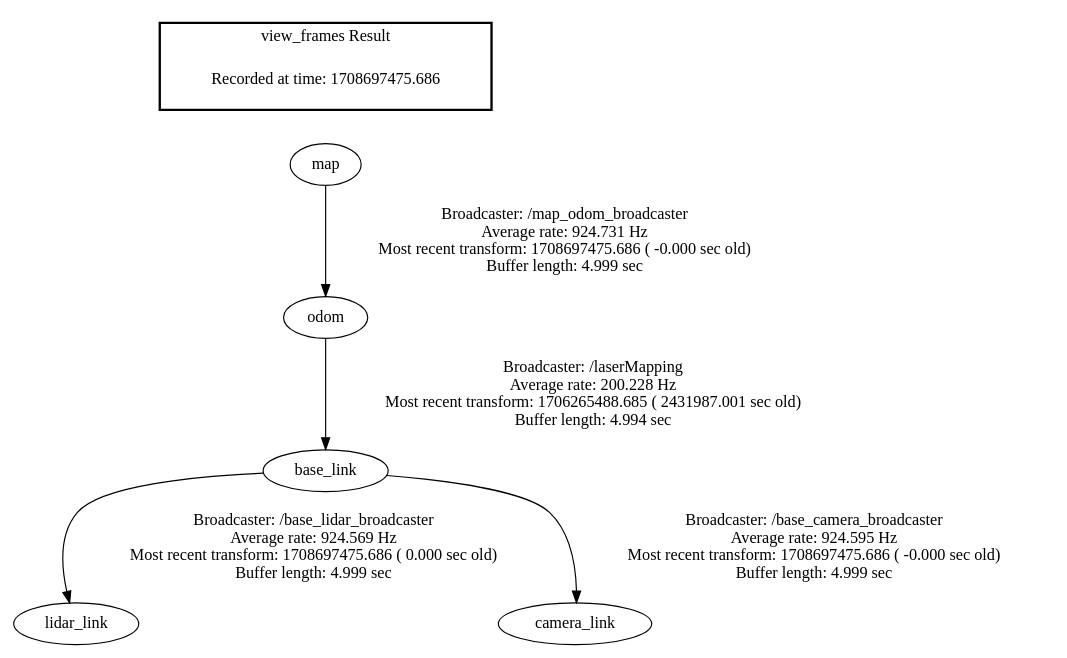
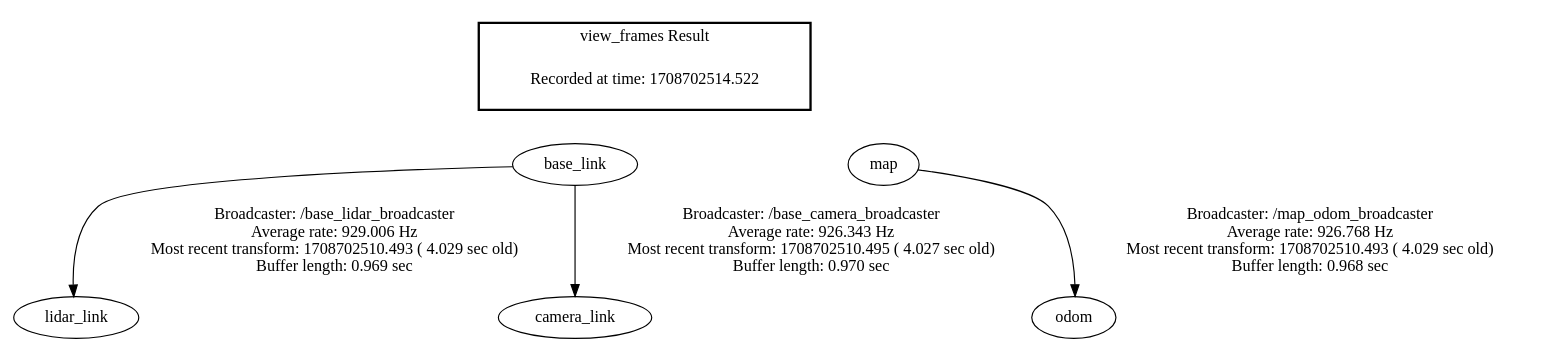
One commit to IRobot-Algorithm/sentry_navigation changed the diagram in frames.gv. Above: the diagram before and after it, drawn with Graphviz. The commit also changed 12 other files, not shown here.

```diff
--- a/frames.gv
+++ b/frames.gv
@@ -1,10 +1,13 @@
 digraph G {
-"base_link" -> "lidar_link"[label="Broadcaster: /base_lidar_broadcaster\nAverage rate: 924.569 Hz\nMost recent transform: 1708697475.686 ( 0.000 sec old)\nBuffer length: 4.999 sec\n"];
-"odom" -> "base_link"[label="Broadcaster: /laserMapping\nAverage rate: 200.228 Hz\nMost recent transform: 1706265488.685 ( 2431987.001 sec old)\nBuffer length: 4.994 sec\n"];
-"map" -> "odom"[label="Broadcaster: /map_odom_broadcaster\nAverage rate: 924.731 Hz\nMost recent transform: 1708697475.686 ( -0.000 sec old)\nBuffer length: 4.999 sec\n"];
-"base_link" -> "camera_link"[label="Broadcaster: /base_camera_broadcaster\nAverage rate: 924.595 Hz\nMost recent transform: 1708697475.686 ( -0.000 sec old)\nBuffer length: 4.999 sec\n"];
+"base_link" -> "lidar_link"[label="Broadcaster: /base_lidar_broadcaster\nAverage rate: 929.006 Hz\nMost recent transform: 1708702510.493 ( 4.029 sec old)\nBuffer length: 0.969 sec\n"];
+"base_link" -> "camera_link"[label="Broadcaster: /base_camera_broadcaster\nAverage rate: 926.343 Hz\nMost recent transform: 1708702510.495 ( 4.027 sec old)\nBuffer length: 0.970 sec\n"];
+"map" -> "odom"[label="Broadcaster: /map_odom_broadcaster\nAverage rate: 926.768 Hz\nMost recent transform: 1708702510.493 ( 4.029 sec old)\nBuffer length: 0.968 sec\n"];
 edge [style=invis];
  subgraph cluster_legend { style=bold; color=black; label ="view_frames Result";
-"Recorded at time: 1708697475.686"[ shape=plaintext ] ;
+"Recorded at time: 1708702514.522"[ shape=plaintext ] ;
+ }->"base_link";
+edge [style=invis];
+ subgraph cluster_legend { style=bold; color=black; label ="view_frames Result";
+"Recorded at time: 1708702514.522"[ shape=plaintext ] ;
  }->"map";
 }
```
